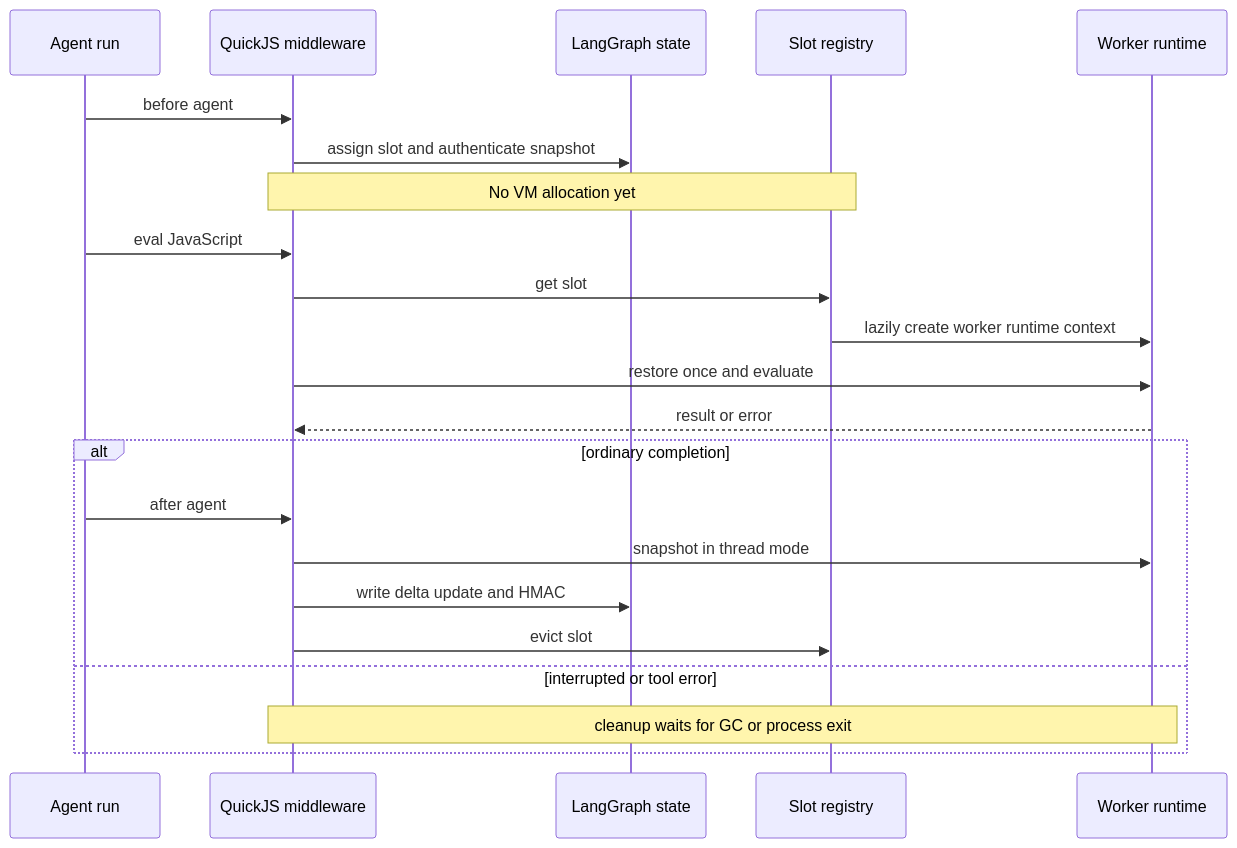
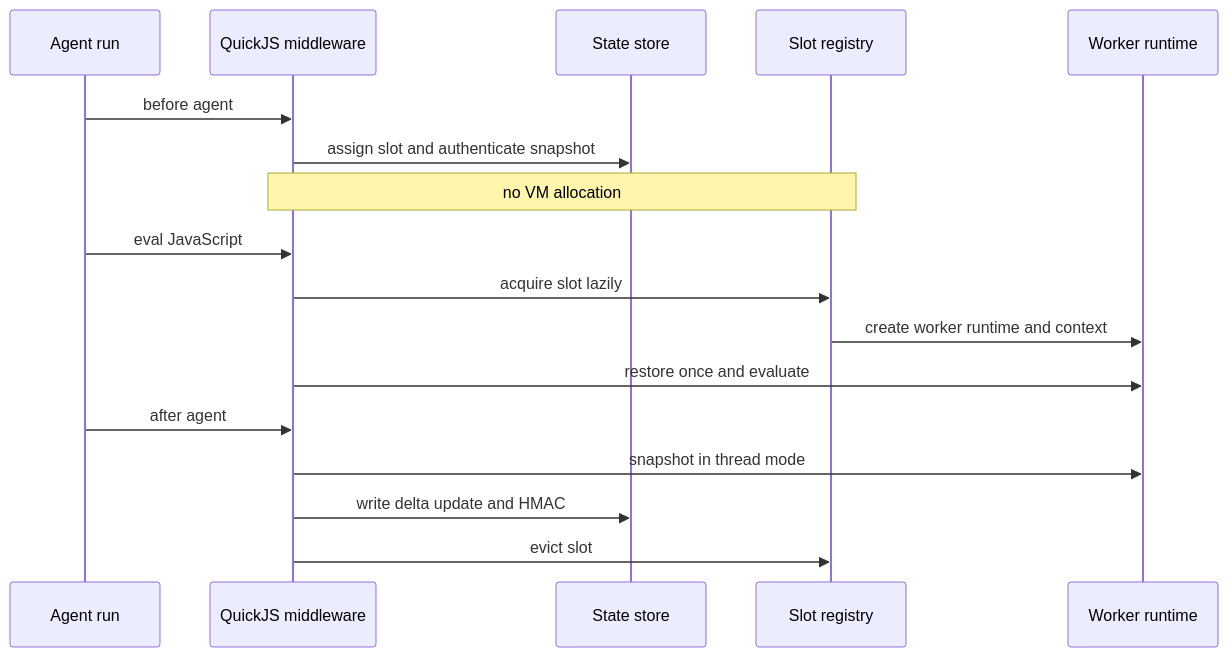
Before and after one commit to langchain-ai/deepagents: the third of 3 diagrams in openwiki/integrations/sandbox-partners.md, drawn with Mermaid. The commit also changed other lines of this file and 35 other files, not shown here.

````diff
--- a/openwiki/integrations/sandbox-partners.md
+++ b/openwiki/integrations/sandbox-partners.md
@@ -180,24 +151,19 @@
 ```mermaid
 sequenceDiagram
     participant Agent as Agent run
     participant Middleware as QuickJS middleware
-    participant Store as LangGraph state
+    participant Store as State store
     participant Registry as Slot registry
     participant Runtime as Worker runtime
     Agent->>Middleware: before agent
     Middleware->>Store: assign slot and authenticate snapshot
-    Note over Middleware,Registry: No VM allocation yet
+    Note over Middleware,Registry: no VM allocation
     Agent->>Middleware: eval JavaScript
-    Middleware->>Registry: get slot
-    Registry->>Runtime: lazily create worker runtime context
+    Middleware->>Registry: acquire slot lazily
+    Registry->>Runtime: create worker runtime and context
     Middleware->>Runtime: restore once and evaluate
-    Runtime-->>Middleware: result or error
-    alt ordinary completion
-        Agent->>Middleware: after agent
-        Middleware->>Runtime: snapshot in thread mode
-        Middleware->>Store: write delta update and HMAC
-        Middleware->>Registry: evict slot
-    else interrupted or tool error
-        Note over Middleware,Runtime: cleanup waits for GC or process exit
-    end
+    Agent->>Middleware: after agent
+    Middleware->>Runtime: snapshot in thread mode
+    Middleware->>Store: write delta update and HMAC
+    Middleware->>Registry: evict slot
 ```
````
